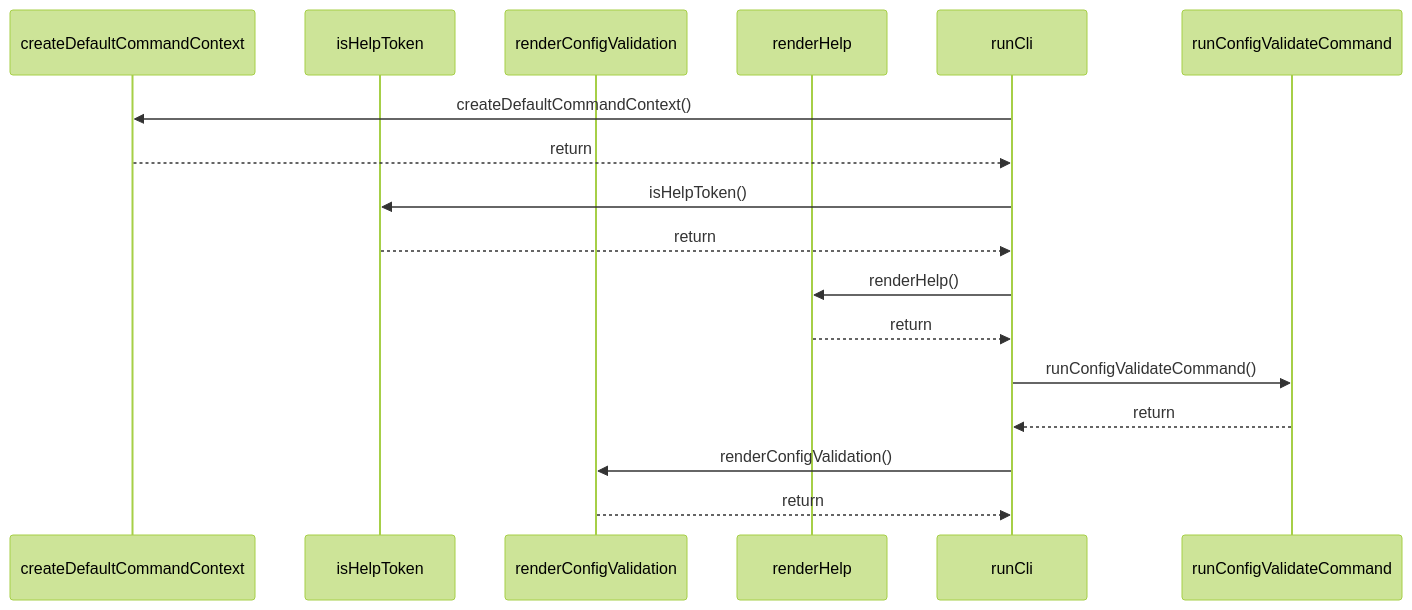
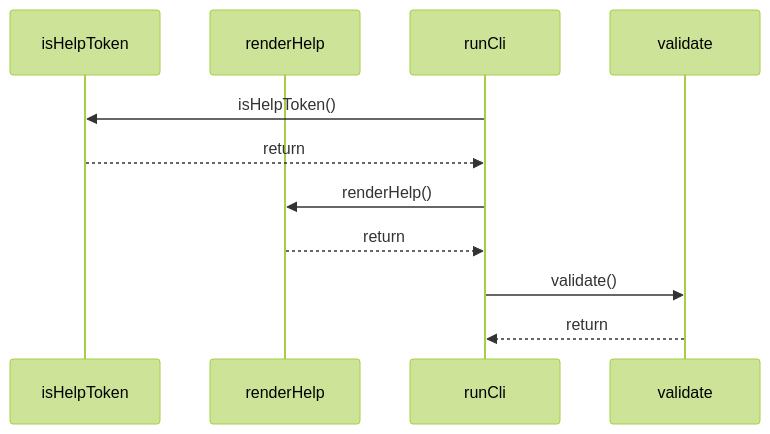
The diagram in paradox/diagrams/sequences/ankhorage-rules.mmd (ankhorage/rules), drawn with Mermaid (forest theme) before and after one commit. The commit also changed 12 other files, not shown here.

```diff
--- a/paradox/diagrams/sequences/ankhorage-rules.mmd
+++ b/paradox/diagrams/sequences/ankhorage-rules.mmd
@@ -1,17 +1,11 @@
 sequenceDiagram
-  participant participant_createDefaultCommandContext as createDefaultCommandContext
   participant participant_isHelpToken as isHelpToken
-  participant participant_renderConfigValidation as renderConfigValidation
   participant participant_renderHelp as renderHelp
   participant participant_runCli as runCli
-  participant participant_runConfigValidateCommand as runConfigValidateCommand
-  participant_runCli->>participant_createDefaultCommandContext: createDefaultCommandContext()
-  participant_createDefaultCommandContext-->>participant_runCli: return
+  participant participant_validate as validate
   participant_runCli->>participant_isHelpToken: isHelpToken()
   participant_isHelpToken-->>participant_runCli: return
   participant_runCli->>participant_renderHelp: renderHelp()
   participant_renderHelp-->>participant_runCli: return
-  participant_runCli->>participant_runConfigValidateCommand: runConfigValidateCommand()
-  participant_runConfigValidateCommand-->>participant_runCli: return
-  participant_runCli->>participant_renderConfigValidation: renderConfigValidation()
-  participant_renderConfigValidation-->>participant_runCli: return
+  participant_runCli->>participant_validate: validate()
+  participant_validate-->>participant_runCli: return
```
